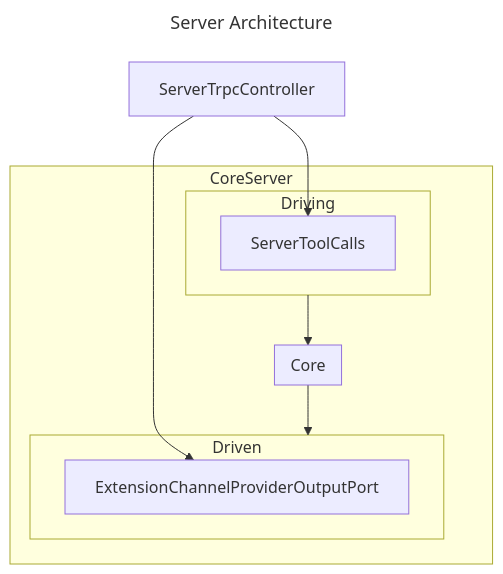
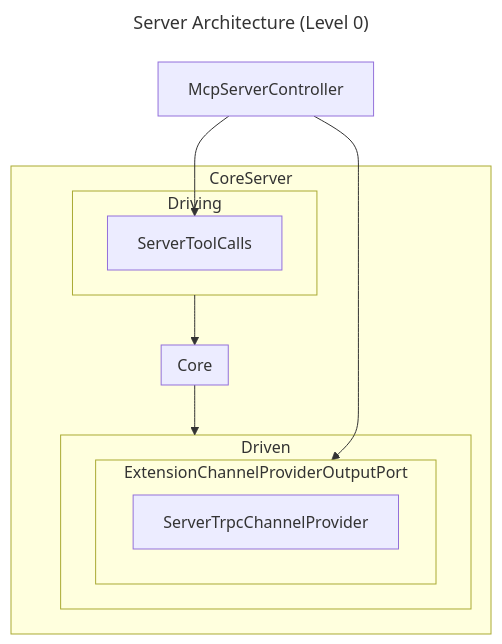
One commit to ndthanhdev/mcp-browser-kit changed the third of 5 diagrams in docs/architecture.md. Above: the diagram before and after it, drawn with Mermaid. The commit also changed 29 other files, not shown here.

Commit message:
refactor: rename and restructure server-driven packages, replacing server-driven-extension-channel-provider with helper-base-extension-channel-provider and server-driving-trpc-controller with server-driven-trpc-channel-provider, updating all references and configurations across the codebase

````diff
--- a/docs/architecture.md
+++ b/docs/architecture.md
@@ -76,29 +76,31 @@
 ```mermaid
 ---
-title: Server Architecture
+title: Server Architecture (Level 0)
 ---
 flowchart TD
-  ServerTrpcController
+  McpServerController
   subgraph ServerDriving["Driving"]
     ServerToolCalls
   end
   subgraph ServerCore["Core"]
 
   end
   subgraph ServerDriven["Driven"]
-    ExtensionChannelProviderOutputPort
+    subgraph ExtensionChannelProviderOutputPort
+      ServerTrpcChannelProvider
+    end
   end
-  subgraph CoreServer["CoreServer"]
+  subgraph CoreServer
     ServerDriving
     ServerCore
     ServerDriven
   end
 
   %% From Driving
   ServerDriving --> ServerCore
   %% From Core
   ServerCore --> ServerDriven
   %% From Controller
-  ServerTrpcController --> ServerToolCalls
-  ServerTrpcController --> ExtensionChannelProviderOutputPort
+  McpServerController --> ServerToolCalls
+  McpServerController --> ExtensionChannelProviderOutputPort
 ```
````
